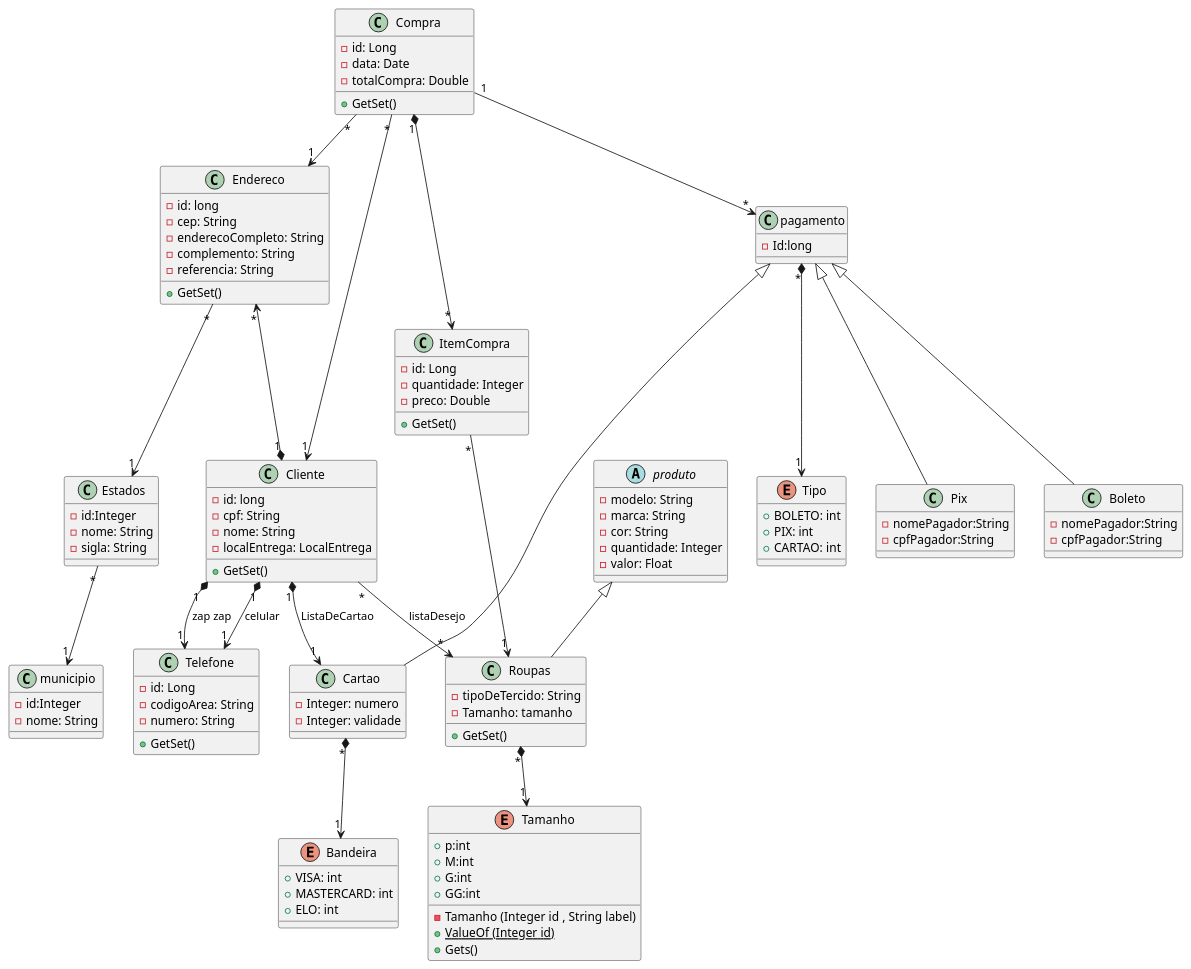
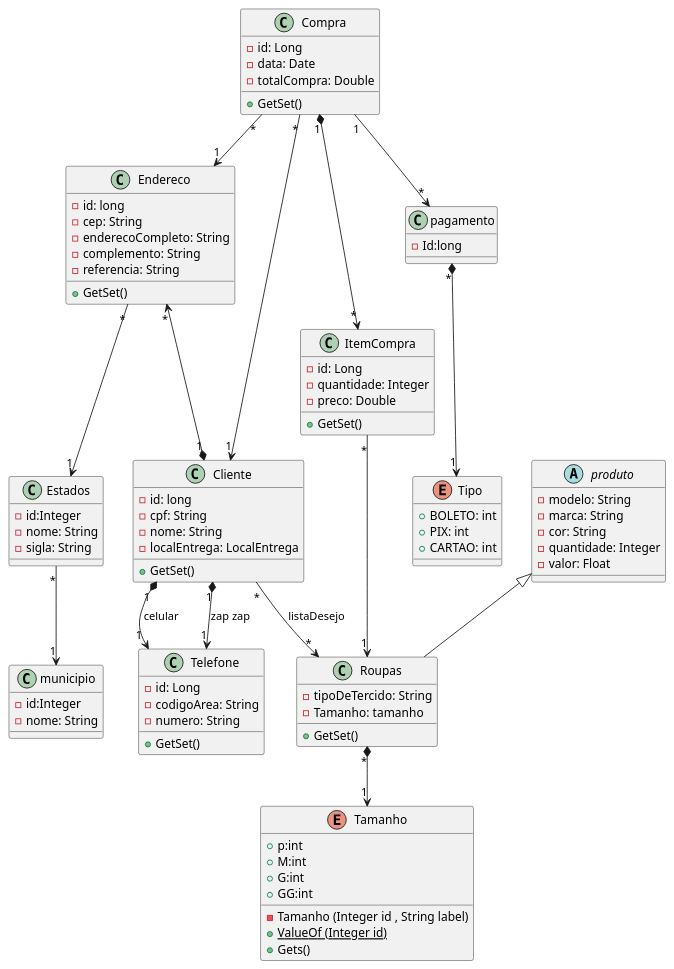
One commit to Jeezyel/topicos1 changed the diagram in src/main/java/br/unitins/UML.plantuml. Above: the diagram before and after it, drawn with PlantUML. The commit also changed 9 other files, not shown here.

```diff
--- a/src/main/java/br/unitins/UML.plantuml
+++ b/src/main/java/br/unitins/UML.plantuml
@@ -1,143 +1,122 @@
 @startuml UML
 
 class Roupas{
     - tipoDeTercido: String
     - Tamanho: tamanho
 
     + GetSet()
 
 
 }
 
 class Cliente{
     -id: long
     - cpf: String
     - nome: String
     - localEntrega: LocalEntrega
 
     + GetSet()
 }
 
 class Endereco{
     - id: long
     - cep: String
     - enderecoCompleto: String
     - complemento: String
     - referencia: String
 
     + GetSet()
 }
 class ItemCompra {
     - id: Long
     - quantidade: Integer
     - preco: Double
     
     + GetSet()
 }
 class Compra {
     - id: Long
     - data: Date
     - totalCompra: Double
     
     + GetSet()
 }
 class Telefone {
     - id: Long
     - codigoArea: String
     - numero: String
     
     + GetSet()
 }
 class municipio{
     -id:Integer
     -nome: String
 
 }
 class Estados{
     -id:Integer
     -nome: String
     -sigla: String
 }
 enum Tamanho{
     + p:int
     + M:int
     + G:int
     + GG:int
  
     - Tamanho (Integer id , String label)
     + {static}ValueOf (Integer id)
     + Gets()
 
 }
 abstract produto{
     - modelo: String
     - marca: String
     - cor: String
     - quantidade: Integer
     - valor: Float
     
 }
 class pagamento{
     -Id:long
 
     
 }
-class Cartao{
-    -Integer: numero
-    -Integer: validade
-    
-}
-enum Bandeira{
-    + VISA: int
-    + MASTERCARD: int
-    + ELO: int
-    
-}
+
 enum Tipo{
     + BOLETO: int
     + PIX: int
     + CARTAO: int
     
 }
-class Pix{
-    -nomePagador:String
-    -cpfPagador:String
-}
-class Boleto{
-    -nomePagador:String
-    -cpfPagador:String
-}
 
 
-    pagamento <|-- Boleto
-    pagamento <|-- Pix
-    pagamento <|-- Cartao
+
+    
     produto <|-- Roupas
 
     Endereco "*" <--*"1" Cliente
     Cliente "*" --> "*" Roupas: listaDesejo
 
     Compra "1" *--> "*" ItemCompra
     Compra "*" --> "1" Cliente
     Compra "*"  --> "1" Endereco
     
 
     ItemCompra "*" --> "1" Roupas
 
     Cliente "1" *--> "1" Telefone: celular
-    Cliente "1" *--> "1" Cartao: ListaDeCartao
     Cliente "1" *--> "1" Telefone: zap zap
 
     Compra "1"-->"*" pagamento
 
 
 
 
     Roupas "*" *--> "1" Tamanho
-    Cartao "*" *--> "1" Bandeira
     pagamento "*" *--> "1" Tipo
 
     Endereco "*"--> "1" Estados
 
     Estados "*"--> "1" municipio
 @enduml
```
